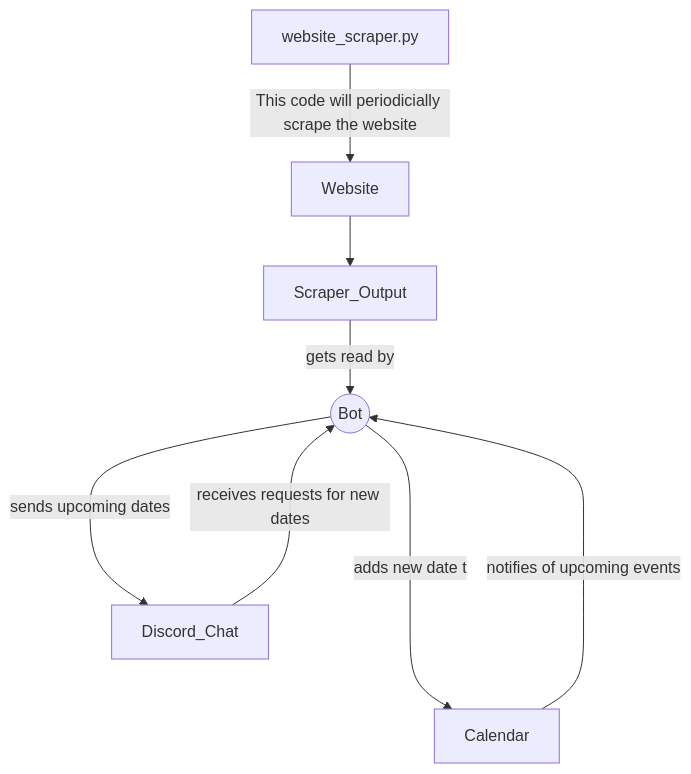
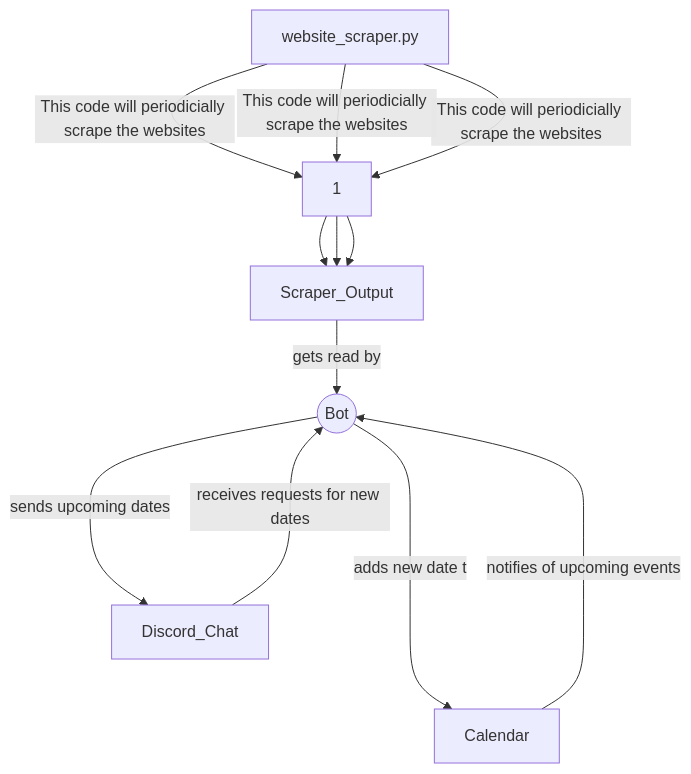
One commit to vesmor/ResearchBuddy changed the diagram in readme.md. Above: the diagram before and after it, drawn with Mermaid.

````diff
--- a/readme.md
+++ b/readme.md
@@ -38,11 +38,15 @@
 ```mermaid
 
 	graph TD;
-	website_scraper.py--This code will periodicially scrape the website-->Website;
-    Website-->Scraper_Output;
+    website_scraper.py--This code will periodicially scrape the websites-->Website[1];
+    website_scraper.py--This code will periodicially scrape the websites-->Website[2];
+    website_scraper.py--This code will periodicially scrape the websites-->Website[3];
+    Website[3]-->Scraper_Output;
+    Website[2]-->Scraper_Output;
+    Website[1]-->Scraper_Output;
     Scraper_Output--gets read by-->Bot;
     Calendar--notifies of upcoming events---->Bot((Bot));
     Bot--adds new date to-->Calendar;
     Discord_Chat--receives requests for new dates--->Bot
     Bot--sends upcoming dates-->Discord_Chat
 ```
````
